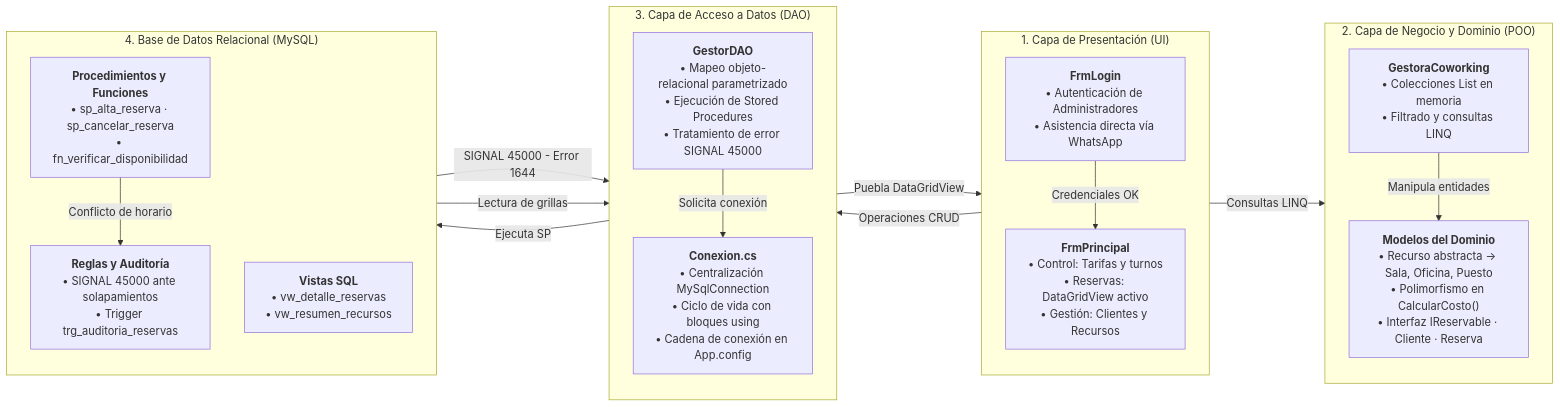
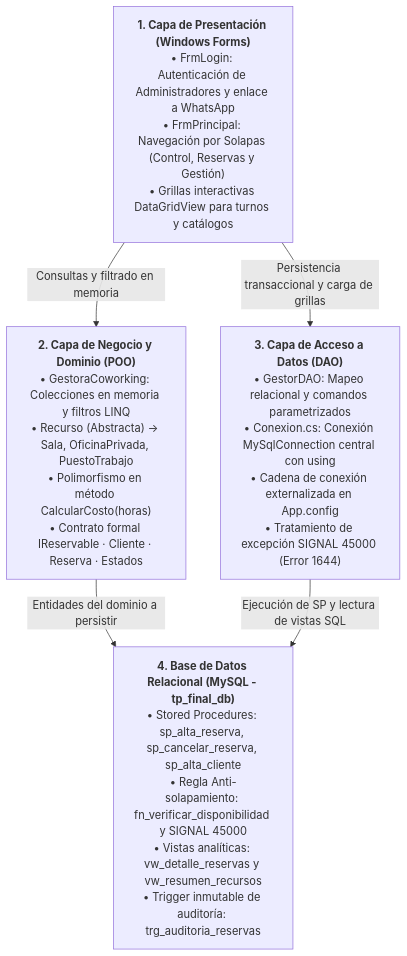
The diagram in README.md (Rax0r-cmd/Trabajo_final_algoritmos), drawn with Mermaid before and after one commit. The commit also changed other lines of this file and 1 other file, not shown here.

Commit message:
puse la imagen del diagrama de arquitectura para que se lea grande y parejo

````diff
--- a/README.md
+++ b/README.md
@@ -39,38 +46,15 @@
 ```mermaid
-flowchart LR
-    subgraph UI ["1. Capa de Presentación (UI)"]
-        direction TB
-        Login["<b>FrmLogin</b><br/>• Autenticación de Administradores<br/>• Asistencia directa vía WhatsApp"]
-        Principal["<b>FrmPrincipal</b><br/>• Control: Tarifas y turnos<br/>• Reservas: DataGridView activo<br/>• Gestión: Clientes y Recursos"]
-    end
+flowchart TD
+    UI["<b>1. Capa de Presentación (Windows Forms)</b><br/>• FrmLogin: Autenticación de Administradores y enlace a WhatsApp<br/>• FrmPrincipal: Navegación por Solapas (Control, Reservas y Gestión)<br/>• Grillas interactivas DataGridView para turnos y catálogos"]
 
-    subgraph BLL ["2. Capa de Negocio y Dominio (POO)"]
-        direction TB
-        Gestora["<b>GestoraCoworking</b><br/>• Colecciones List en memoria<br/>• Filtrado y consultas LINQ"]
-        Modelos["<b>Modelos del Dominio</b><br/>• Recurso abstracta -> Sala, Oficina, Puesto<br/>• Polimorfismo en CalcularCosto()<br/>• Interfaz IReservable · Cliente · Reserva"]
-    end
+    BLL["<b>2. Capa de Negocio y Dominio (POO)</b><br/>• GestoraCoworking: Colecciones en memoria y filtros LINQ<br/>• Recurso (Abstracta) -> Sala, OficinaPrivada, PuestoTrabajo<br/>• Polimorfismo en método CalcularCosto(horas)<br/>• Contrato formal IReservable · Cliente · Reserva · Estados"]
 
-    subgraph DAL ["3. Capa de Acceso a Datos (DAO)"]
-        direction TB
-        DAO["<b>GestorDAO</b><br/>• Mapeo objeto-relacional parametrizado<br/>• Ejecución de Stored Procedures<br/>• Tratamiento de error SIGNAL 45000"]
-        Conexion["<b>Conexion.cs</b><br/>• Centralización MySqlConnection<br/>• Ciclo de vida con bloques using<br/>• Cadena de conexión en App.config"]
-    end
+    DAL["<b>3. Capa de Acceso a Datos (DAO)</b><br/>• GestorDAO: Mapeo relacional y comandos parametrizados<br/>• Conexion.cs: Conexión MySqlConnection central con using<br/>• Cadena de conexión externalizada en App.config<br/>• Tratamiento de excepción SIGNAL 45000 (Error 1644)"]
 
-    subgraph DB ["4. Base de Datos Relacional (MySQL)"]
-        direction TB
-        SP["<b>Procedimientos y Funciones</b><br/>• sp_alta_reserva · sp_cancelar_reserva<br/>• fn_verificar_disponibilidad"]
-        Reglas["<b>Reglas y Auditoría</b><br/>• SIGNAL 45000 ante solapamientos<br/>• Trigger trg_auditoria_reservas"]
-        Vistas["<b>Vistas SQL</b><br/>• vw_detalle_reservas<br/>• vw_resumen_recursos"]
-    end
+    DB["<b>4. Base de Datos Relacional (MySQL - tp_final_db)</b><br/>• Stored Procedures: sp_alta_reserva, sp_cancelar_reserva, sp_alta_cliente<br/>• Regla Anti-solapamiento: fn_verificar_disponibilidad y SIGNAL 45000<br/>• Vistas analíticas: vw_detalle_reservas y vw_resumen_recursos<br/>• Trigger inmutable de auditoría: trg_auditoria_reservas"]
 
-    Login -->|Credenciales OK| Principal
-    Principal -->|Consultas LINQ| Gestora
-    Gestora -->|Manipula entidades| Modelos
-    Principal -->|Operaciones CRUD| DAO
-    DAO -->|Solicita conexión| Conexion
-    DAO -->|Ejecuta SP| SP
-    SP -->|Conflicto de horario| Reglas
-    Reglas -->|SIGNAL 45000 - Error 1644| DAO
-    Vistas -->|Lectura de grillas| DAO
-    DAO -->|Puebla DataGridView| Principal
+    UI -->|Consultas y filtrado en memoria| BLL
+    UI -->|Persistencia transaccional y carga de grillas| DAL
+    BLL -->|Entidades del dominio a persistir| DB
+    DAL -->|Ejecución de SP y lectura de vistas SQL| DB
 ```
````
